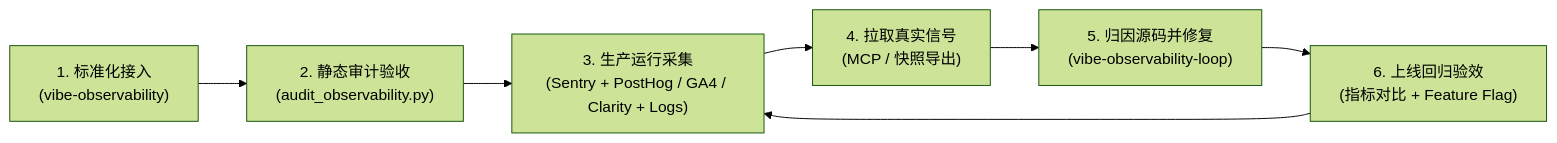
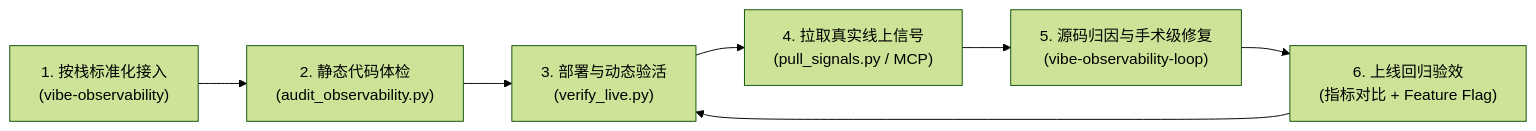
One commit to realchendahuang/vibe-observability changed the diagram in README_ZH.md. Above: the diagram before and after it, drawn with Mermaid (forest theme). The commit also changed other lines of this file and 36 other files, not shown here.

````diff
--- a/README_ZH.md
+++ b/README_ZH.md
@@ -34,9 +36,9 @@
 ```mermaid
 flowchart LR
-    A["1. 标准化接入\n(vibe-observability)"] --> B["2. 静态审计验收\n(audit_observability.py)"]
-    B --> C["3. 生产运行采集\n(Sentry + PostHog / GA4 / Clarity + Logs)"]
-    C --> D["4. 拉取真实信号\n(MCP / 快照导出)"]
-    D --> E["5. 归因源码并修复\n(vibe-observability-loop)"]
+    A["1. 按栈标准化接入\n(vibe-observability)"] --> B["2. 静态代码体检\n(audit_observability.py)"]
+    B --> C["3. 部署与动态验活\n(verify_live.py)"]
+    C --> D["4. 拉取真实线上信号\n(pull_signals.py / MCP)"]
+    D --> E["5. 源码归因与手术级修复\n(vibe-observability-loop)"]
     E --> F["6. 上线回归验效\n(指标对比 + Feature Flag)"]
     F --> C
 ```
````
